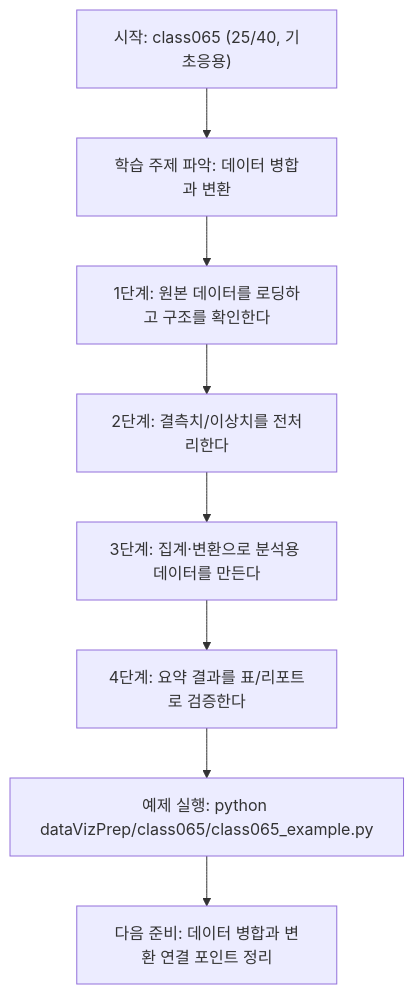
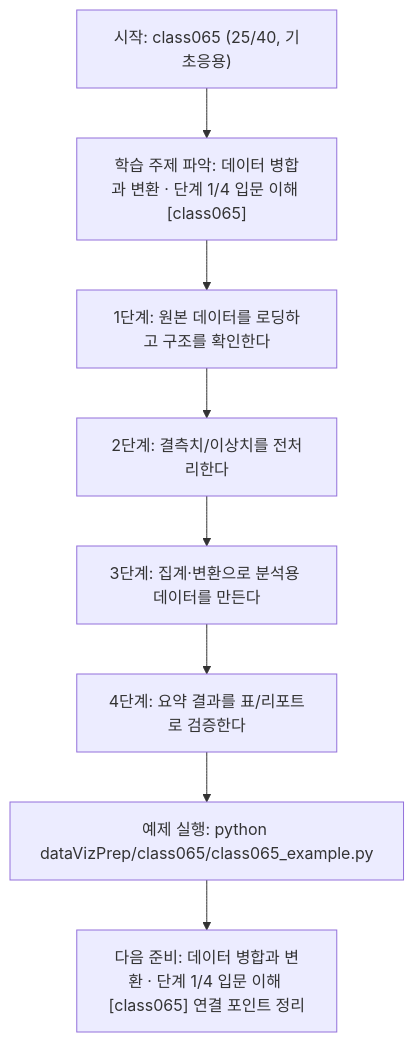
Before and after one commit to edumgt/Python-AI_Agent-Class: the diagram in dataVizPrep/class065/class065.md, drawn with Mermaid. The commit also changed other lines of this file and 522 other files, not shown here.

````diff
--- a/dataVizPrep/class065/class065.md
+++ b/dataVizPrep/class065/class065.md
@@ -110,18 +111,18 @@
 ```mermaid
 flowchart TD
 N1["시작: class065 (25/40, 기초응용)"]
-N2["학습 주제 파악: 데이터 병합과 변환"]
+N2["학습 주제 파악: 데이터 병합과 변환 · 단계 1/4 입문 이해 [class065]"]
 N3["1단계: 원본 데이터를 로딩하고 구조를 확인한다"]
 N4["2단계: 결측치/이상치를 전처리한다"]
 N5["3단계: 집계·변환으로 분석용 데이터를 만든다"]
 N6["4단계: 요약 결과를 표/리포트로 검증한다"]
 N7["예제 실행: python dataVizPrep/class065/class065_example.py"]
-N8["다음 준비: 데이터 병합과 변환 연결 포인트 정리"]
+N8["다음 준비: 데이터 병합과 변환 · 단계 1/4 입문 이해 [class065] 연결 포인트 정리"]
 N1 --> N2
 N2 --> N3
 N3 --> N4
 N4 --> N5
 N5 --> N6
 N6 --> N7
 N7 --> N8
 ```
````
